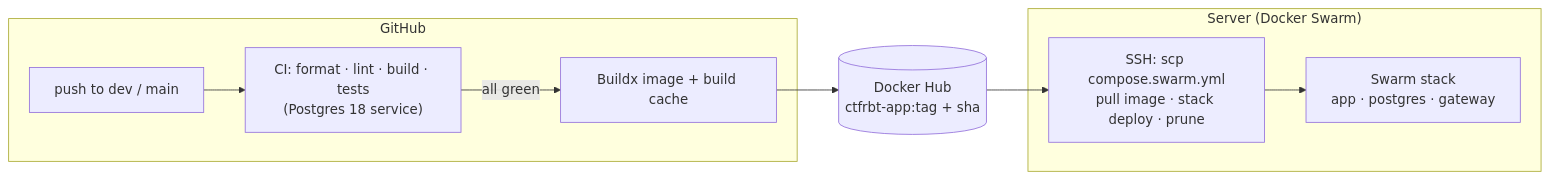
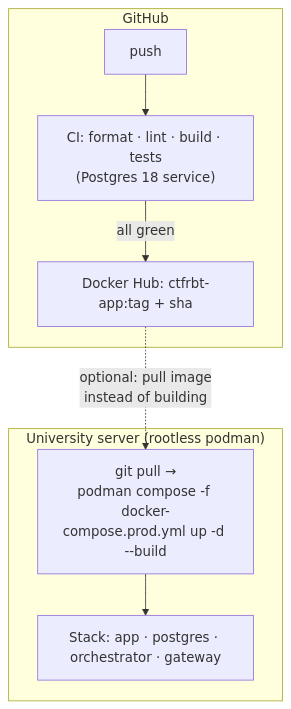
One commit to willypaz243/CTFrbt changed the first of 3 diagrams in docs/deployment.md. Above: the diagram before and after it, drawn with Mermaid. The commit also changed other lines of this file, not shown here.

````diff
--- a/docs/deployment.md
+++ b/docs/deployment.md
@@ -19,15 +26,15 @@
 ```mermaid
-flowchart LR
+flowchart TD
     subgraph gh["GitHub"]
-        R["push to dev / main"]
+        R["push"]
         CI["CI: format · lint · build · tests<br/>(Postgres 18 service)"]
-        BP["Buildx image + build cache"]
+        BP["Docker Hub: ctfrbt-app:tag + sha"]
     end
-    HUB[("Docker Hub<br/>ctfrbt-app:tag + sha")]
-    subgraph vm["Server (Docker Swarm)"]
-        SSH["SSH: scp compose.swarm.yml<br/>pull image · stack deploy · prune"]
-        ST["Swarm stack<br/>app · postgres · gateway"]
+    subgraph srv["University server (rootless podman)"]
+        D["git pull →<br/>podman compose -f docker-compose.prod.yml up -d --build"]
+        ST["Stack: app · postgres · orchestrator · gateway"]
     end
-    R --> CI -->|all green| BP --> HUB
-    HUB --> SSH --> ST
+    R --> CI -->|all green| BP
+    BP -.->|"optional: pull image<br/>instead of building"| D
+    D --> ST
 ```
````
